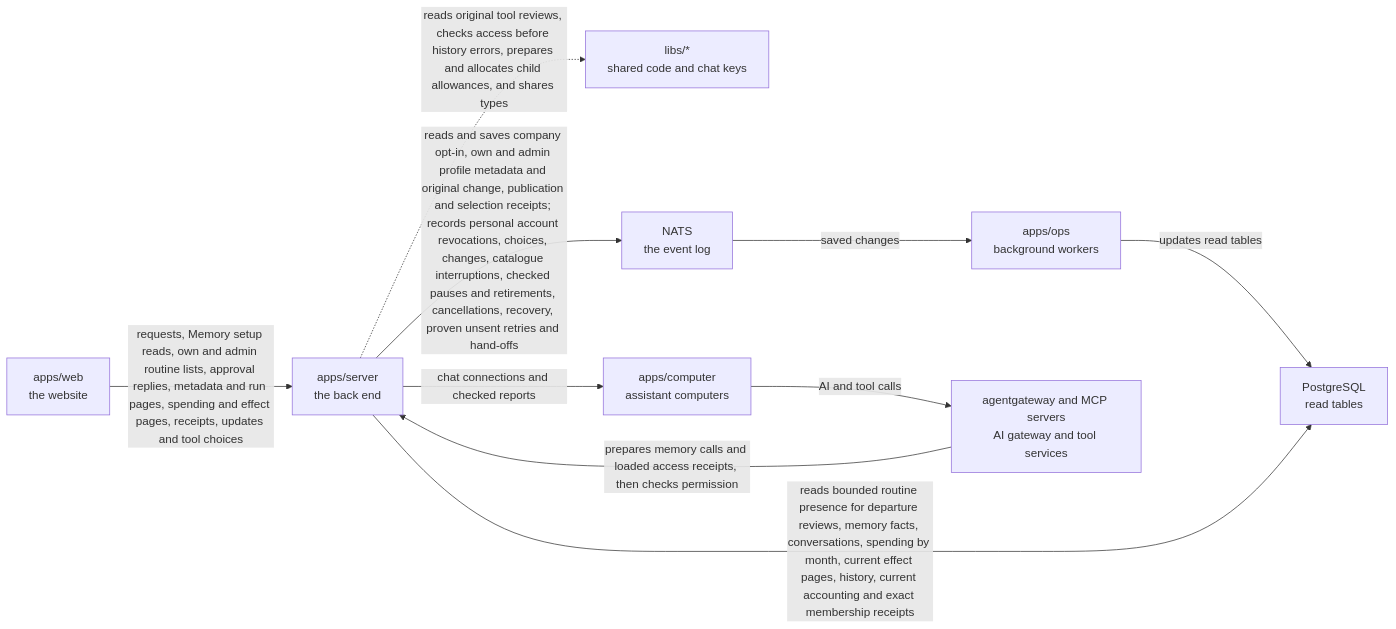
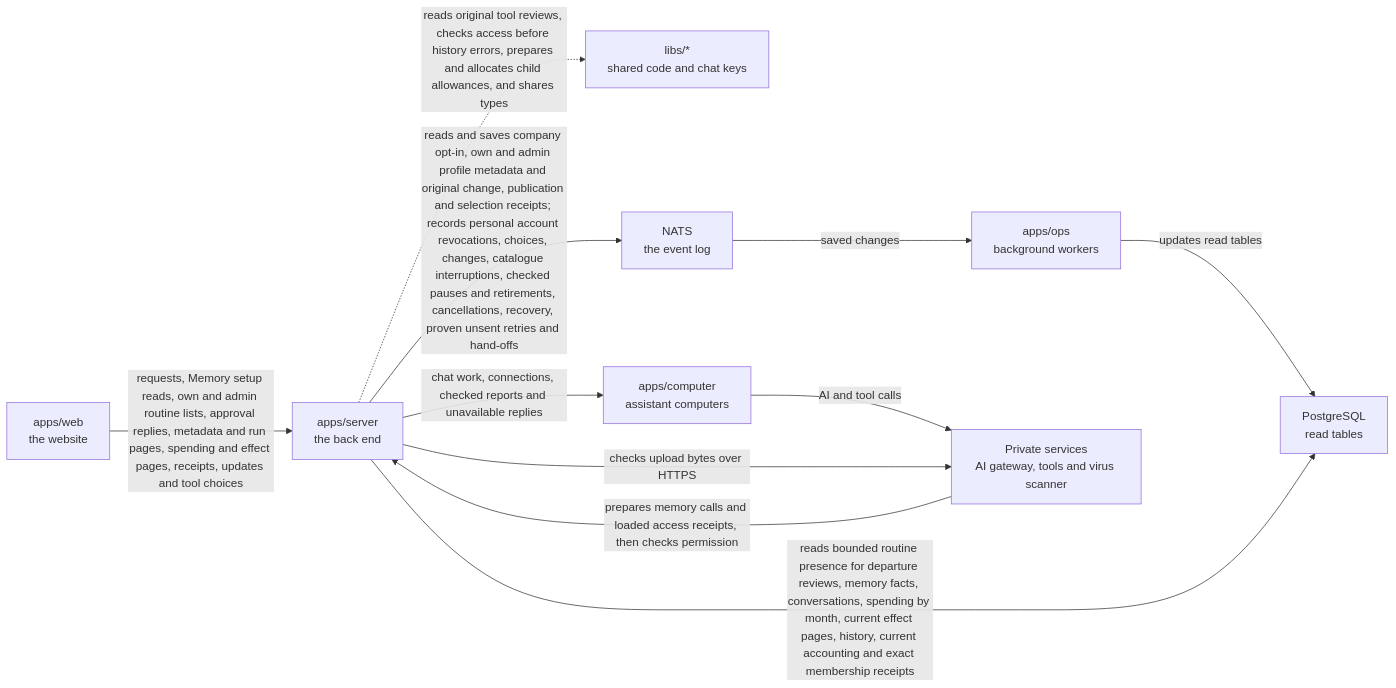
The diagram in apps/server/README.md (elewa-git/opencrane-new), drawn with Mermaid before and after one commit. The commit also changed other lines of this file and 19 other files, not shown here.

````diff
--- a/apps/server/README.md
+++ b/apps/server/README.md
@@ -82,12 +82,13 @@
 ```mermaid
 flowchart LR
   web["apps/web<br/>the website"] -->|requests, Memory setup reads, own and admin routine lists, approval replies, metadata and run pages, spending and effect pages, receipts, updates and tool choices| server["apps/server<br/>the back end"]
   server -.->|reads original tool reviews, checks access before history errors, prepares and allocates child allowances, and shares types| libs["libs/*<br/>shared code and chat keys"]
   server -->|reads and saves company opt-in, own and admin profile metadata and original change, publication and selection receipts; records personal account revocations, choices, changes, catalogue interruptions, checked pauses and retirements, cancellations, recovery, proven unsent retries and hand-offs| nats["NATS<br/>the event log"]
   nats -->|saved changes| ops["apps/ops<br/>background workers"]
   ops -->|updates read tables| postgres["PostgreSQL<br/>read tables"]
   server -->|reads bounded routine presence for departure reviews, memory facts, conversations, spending by month, current effect pages, history, current accounting and exact membership receipts| postgres
-  server -->|chat connections and checked reports| computer["apps/computer<br/>assistant computers"]
-  computer -->|AI and tool calls| runtime["agentgateway and MCP servers<br/>AI gateway and tool services"]
+  server -->|chat work, connections, checked reports and unavailable replies| computer["apps/computer<br/>assistant computers"]
+  computer -->|AI and tool calls| runtime["Private services<br/>AI gateway, tools and virus scanner"]
+  server -->|checks upload bytes over HTTPS| runtime
   runtime -->|prepares memory calls and loaded access receipts, then checks permission| server
 ```
````
